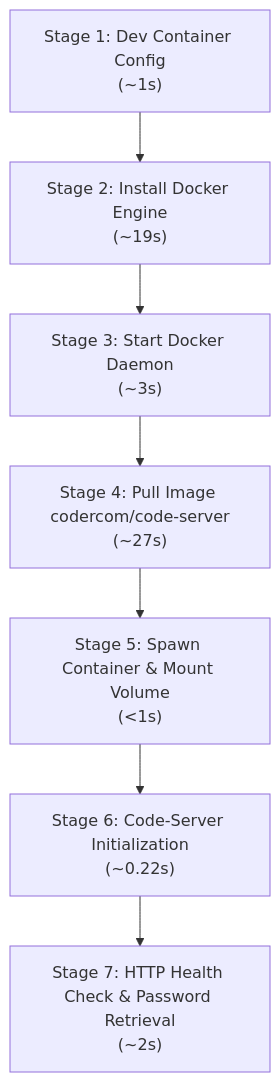
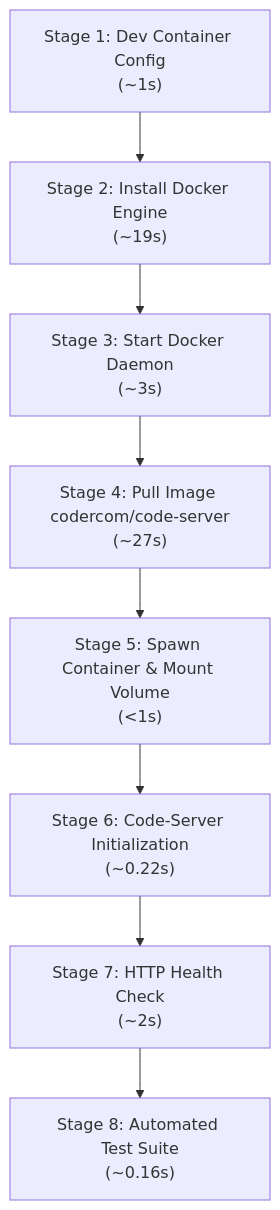
Before and after one commit to rifaterdemsahin/my-codespace: the diagram in STAGES.md, drawn with Mermaid. The commit also changed other lines of this file and 3 other files, not shown here.

Commit message:
Add automated test suite and document test stage in README and STAGES

````diff
--- a/STAGES.md
+++ b/STAGES.md
@@ -24,9 +25,10 @@
 ```mermaid
 flowchart TD
     A["Stage 1: Dev Container Config<br/>(~1s)"] --> B["Stage 2: Install Docker Engine<br/>(~19s)"]
     B --> C["Stage 3: Start Docker Daemon<br/>(~3s)"]
     C --> D["Stage 4: Pull Image codercom/code-server<br/>(~27s)"]
     D --> E["Stage 5: Spawn Container & Mount Volume<br/>(&lt;1s)"]
     E --> F["Stage 6: Code-Server Initialization<br/>(~0.22s)"]
-    F --> G["Stage 7: HTTP Health Check & Password Retrieval<br/>(~2s)"]
+    F --> G["Stage 7: HTTP Health Check<br/>(~2s)"]
+    G --> H["Stage 8: Automated Test Suite<br/>(~0.16s)"]
 ```
````
